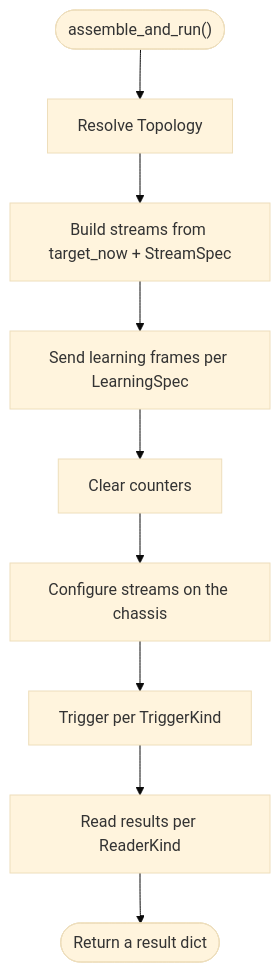
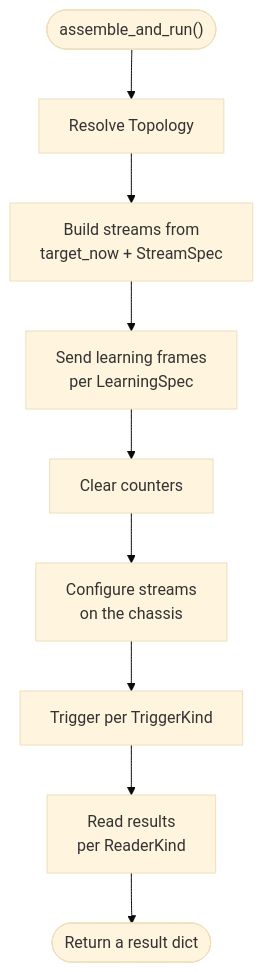
Before and after one commit to isoroku41226971/Xtramus-Modular-Network-Testing: the second of 3 diagrams in python-app/README.md, drawn with Mermaid (base theme). The commit also changed other lines of this file, not shown here.

Commit message:
docs: keep Mermaid diagram labels from being clipped on GitHub

````diff
--- a/python-app/README.md
+++ b/python-app/README.md
@@ -121,11 +122,12 @@
 ```mermaid
+%%{init: {"flowchart": {"htmlLabels": false}}}%%
 flowchart TD
     Start(["assemble_and_run()"]) --> Topo["Resolve Topology"]
-    Topo --> Stream["Build streams from target_now + StreamSpec"]
-    Stream --> Learn["Send learning frames per LearningSpec"]
+    Topo --> Stream["Build streams from<br/>target_now + StreamSpec"]
+    Stream --> Learn["Send learning frames<br/>per LearningSpec"]
     Learn --> Clear["Clear counters"]
-    Clear --> Configure["Configure streams on the chassis"]
+    Clear --> Configure["Configure streams<br/>on the chassis"]
     Configure --> Trigger["Trigger per TriggerKind"]
-    Trigger --> Read["Read results per ReaderKind"]
+    Trigger --> Read["Read results<br/>per ReaderKind"]
     Read --> Result(["Return a result dict"])
 ```
````
